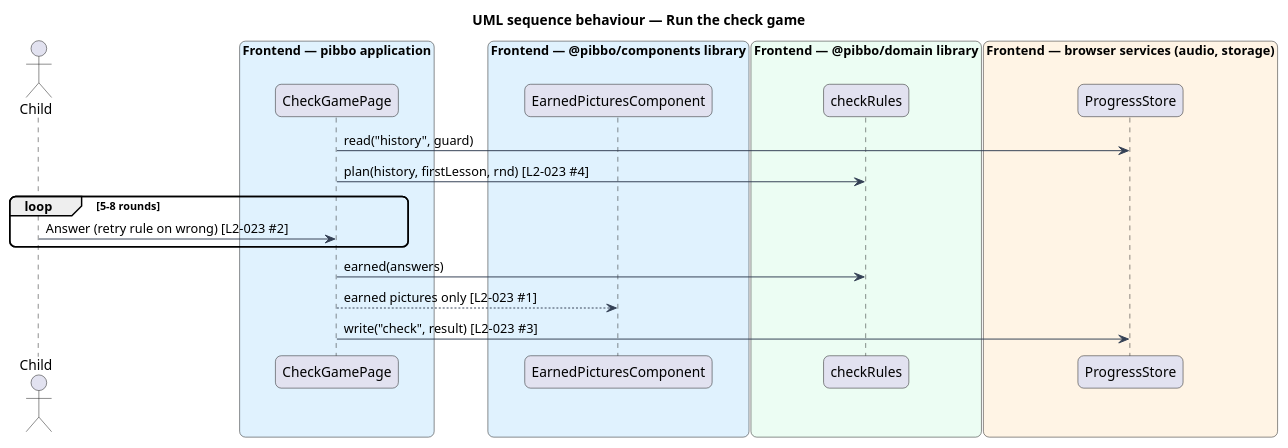
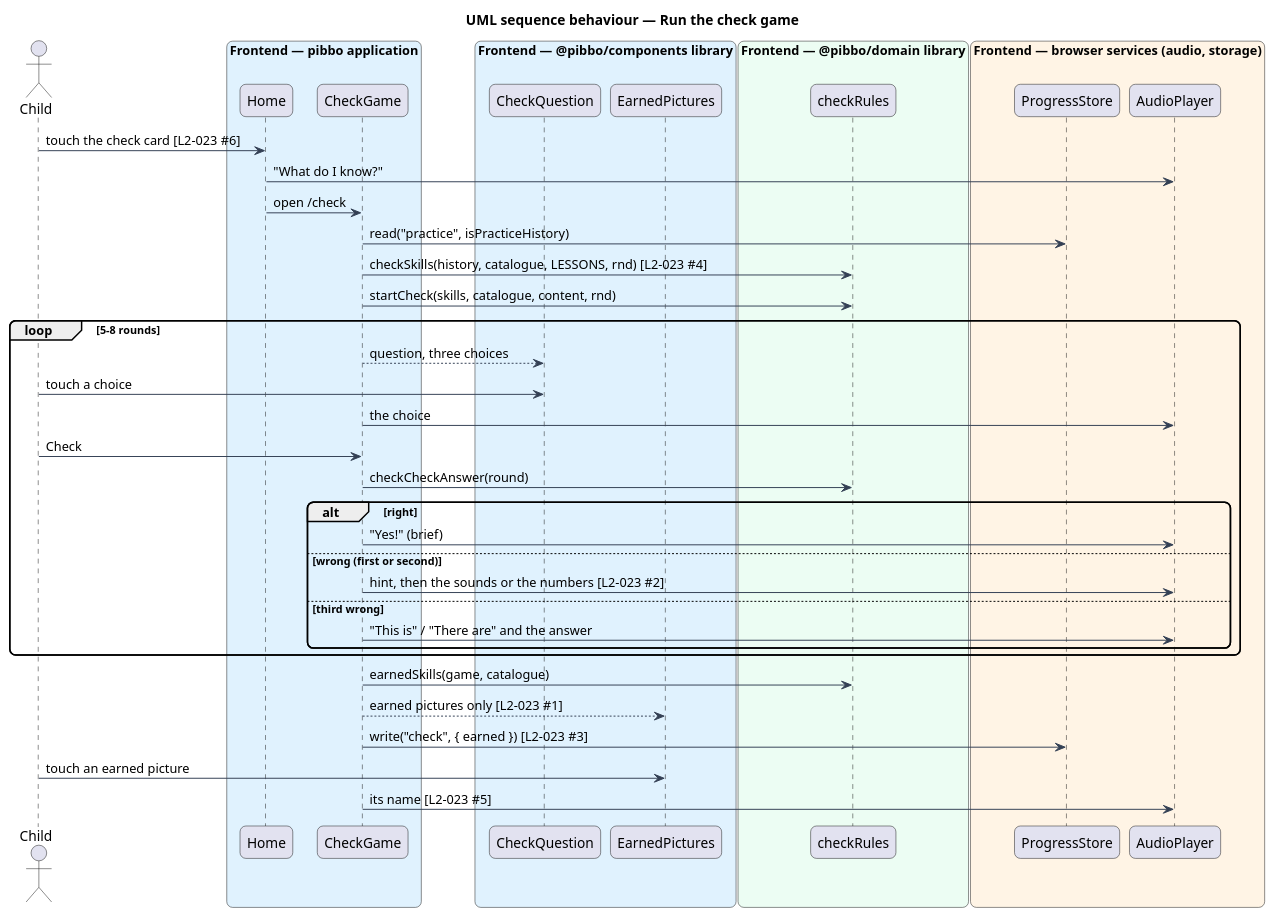
Before and after one commit to QuinntyneBrown/pibbo: the diagram in docs/detailed-designs/lessons/check-game/diagrams/sequence-run-check-game.puml, drawn with PlantUML. The commit also changed 30 other files, not shown here.

First line of the commit message:
Align the check game: redraw What do I know? to AGENTS.md and L2-023, the Home check card, L2-023, ADRs 0025 and 0026, and the design

```diff
--- a/docs/detailed-designs/lessons/check-game/diagrams/sequence-run-check-game.puml
+++ b/docs/detailed-designs/lessons/check-game/diagrams/sequence-run-check-game.puml
@@ -1,29 +1,49 @@
 @startuml
 title UML sequence behaviour — Run the check game
 skinparam backgroundColor #FFFFFF
 skinparam shadowing false
 skinparam roundcorner 12
 skinparam defaultFontName Arial
 skinparam ArrowColor #344054
 actor "Child" as actor
 box "Frontend — pibbo application" #E0F2FE
-  participant "CheckGamePage" as page
+  participant "Home" as home
+  participant "CheckGame" as page
 end box
 box "Frontend — @pibbo/components library" #E0F2FE
-  participant "EarnedPicturesComponent" as res
+  participant "CheckQuestion" as q
+  participant "EarnedPictures" as res
 end box
 box "Frontend — @pibbo/domain library" #ECFDF3
   participant "checkRules" as rules
 end box
 box "Frontend — browser services (audio, storage)" #FFF4E5
   participant "ProgressStore" as store
+  participant "AudioPlayer" as audio
 end box
-page -> store : read("history", guard)
-page -> rules : plan(history, firstLesson, rnd) [L2-023 #4]
+actor -> home : touch the check card [L2-023 #6]
+home -> audio : "What do I know?"
+home -> page : open /check
+page -> store : read("practice", isPracticeHistory)
+page -> rules : checkSkills(history, catalogue, LESSONS, rnd) [L2-023 #4]
+page -> rules : startCheck(skills, catalogue, content, rnd)
 loop 5-8 rounds
-  actor -> page : Answer (retry rule on wrong) [L2-023 #2]
+  page --> q : question, three choices
+  actor -> q : touch a choice
+  page -> audio : the choice
+  actor -> page : Check
+  page -> rules : checkCheckAnswer(round)
+  alt right
+    page -> audio : "Yes!" (brief)
+  else wrong (first or second)
+    page -> audio : hint, then the sounds or the numbers [L2-023 #2]
+  else third wrong
+    page -> audio : "This is" / "There are" and the answer
+  end
 end
-page -> rules : earned(answers)
+page -> rules : earnedSkills(game, catalogue)
 page --> res : earned pictures only [L2-023 #1]
-page -> store : write("check", result) [L2-023 #3]
+page -> store : write("check", { earned }) [L2-023 #3]
+actor -> res : touch an earned picture
+page -> audio : its name [L2-023 #5]
 @enduml
```
